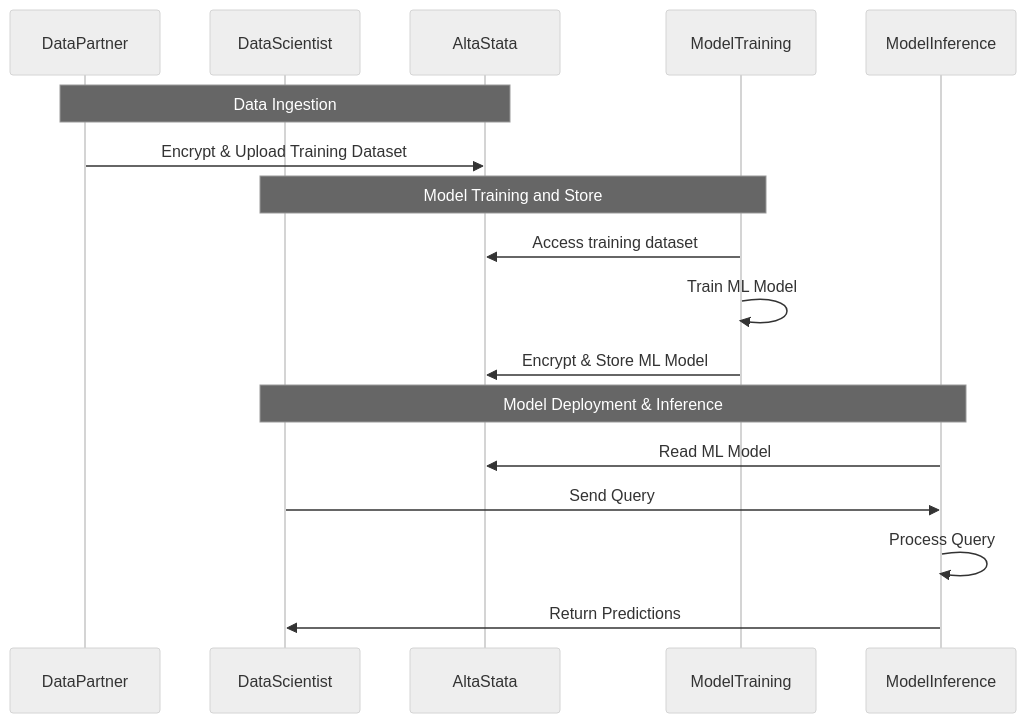
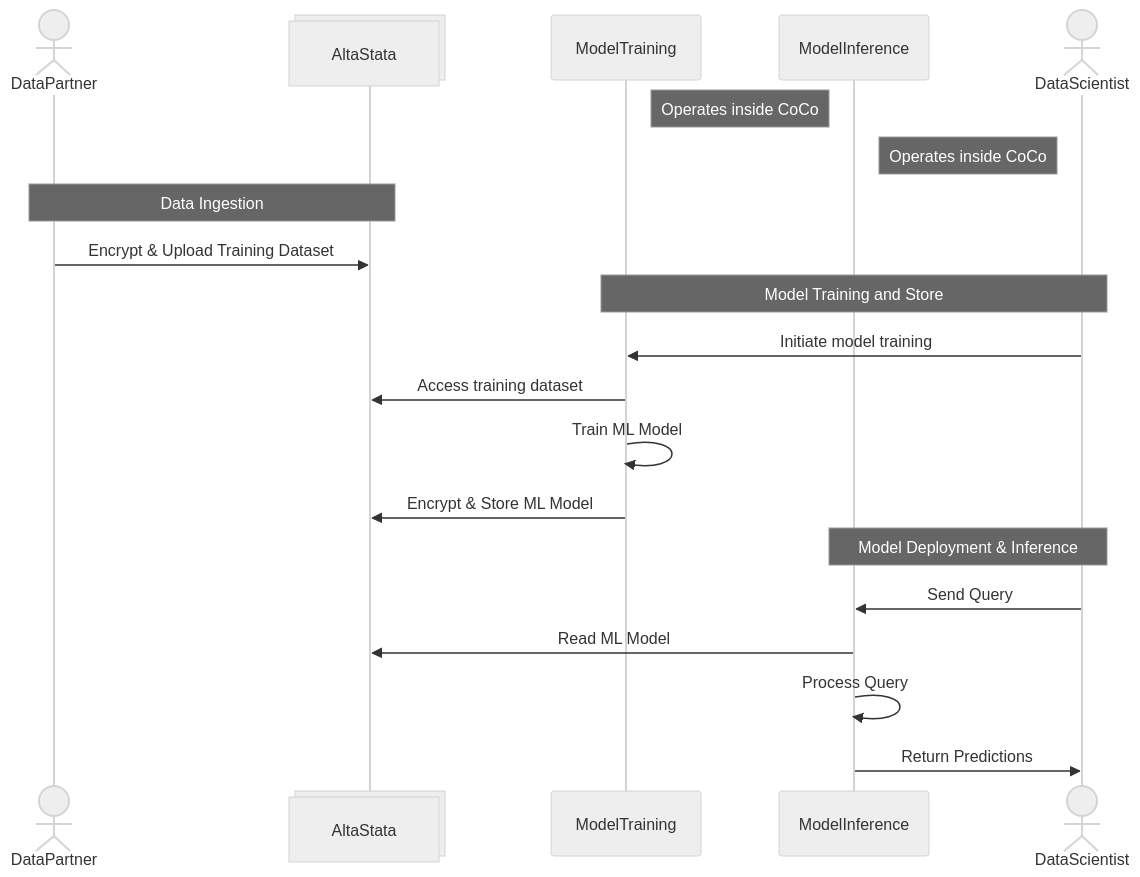
Before and after one commit to SergeVil/altastata-python-package: the diagram in pytorch-example/ml-training-deployment-flow.md, drawn with Mermaid (neutral theme).

Commit message:
Improve ML training deployment flow diagram: add actor/participant types and CoCo context

````diff
--- a/pytorch-example/ml-training-deployment-flow.md
+++ b/pytorch-example/ml-training-deployment-flow.md
@@ -3,22 +3,22 @@
 ```mermaid
 sequenceDiagram
-    participant DataPartner
-    participant DataScientist
-    participant AltaStata
+    actor DataPartner
+    participant AltaStata@{ "type": "collections" }
     participant ModelTraining
+    Note right of ModelTraining: Operates inside CoCo
     participant ModelInference
-    
+    Note right of ModelInference: Operates inside CoCo
+    actor DataScientist
     Note over DataPartner,AltaStata: Data Ingestion
     DataPartner->>AltaStata: Encrypt & Upload Training Dataset
-    
     Note over DataScientist,ModelTraining: Model Training and Store
+    DataScientist->>ModelTraining: Initiate model training
     ModelTraining->>AltaStata: Access training dataset
     ModelTraining->>ModelTraining: Train ML Model
     ModelTraining->>AltaStata: Encrypt & Store ML Model
-    
     Note over DataScientist,ModelInference: Model Deployment & Inference
+    DataScientist->>ModelInference: Send Query
     ModelInference->>AltaStata: Read ML Model
-    DataScientist->>ModelInference: Send Query
     ModelInference->>ModelInference: Process Query
     ModelInference->>DataScientist: Return Predictions
 ```
````
